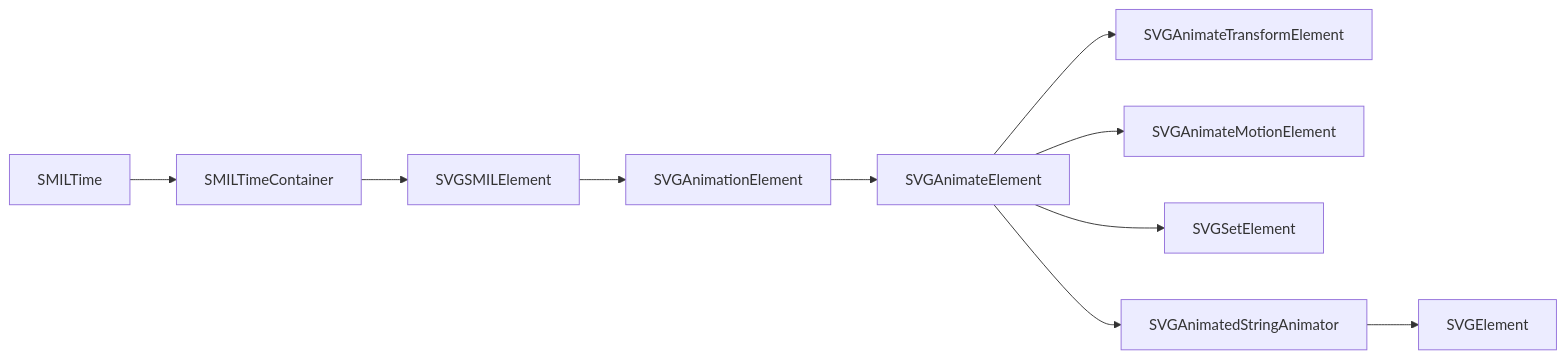
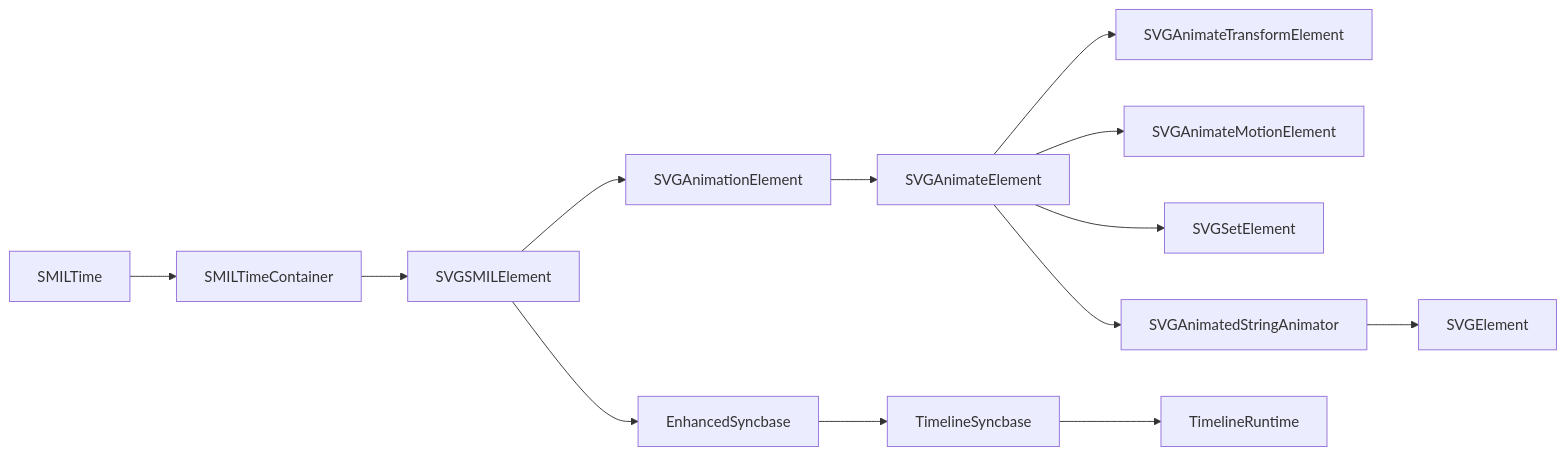
Diagram 11 of 11 in .qoder/repowiki/en/content/Animated SVG Support/SMIL Animation Specification/SMIL Animation Specification.md (denisnadey/flutter_full_svg_support), drawn with Mermaid before and after one commit. The commit also changed other lines of this file and 20 other files, not shown here.

````diff
--- a/.qoder/repowiki/en/content/Animated SVG Support/SMIL Animation Specification/SMIL Animation Specification.md
+++ b/.qoder/repowiki/en/content/Animated SVG Support/SMIL Animation Specification/SMIL Animation Specification.md
@@ -435,12 +575,15 @@
 ```mermaid
 graph LR
 SMILTime --> SMILTimeContainer
 SMILTimeContainer --> SVGSMILElement
 SVGSMILElement --> SVGAnimationElement
 SVGAnimationElement --> SVGAnimateElement
 SVGAnimateElement --> SVGAnimateTransformElement
 SVGAnimateElement --> SVGAnimateMotionElement
 SVGAnimateElement --> SVGSetElement
 SVGAnimateElement --> SVGAnimatedStringAnimator
 SVGAnimatedStringAnimator --> SVGElement
+SVGSMILElement --> EnhancedSyncbase
+EnhancedSyncbase --> TimelineSyncbase
+TimelineSyncbase --> TimelineRuntime
 ```
````
